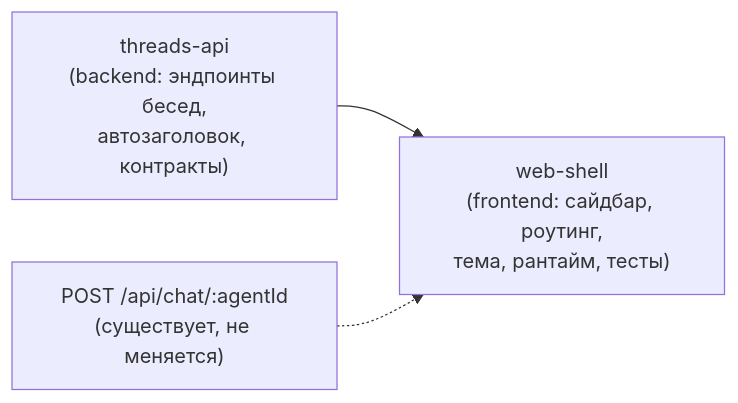
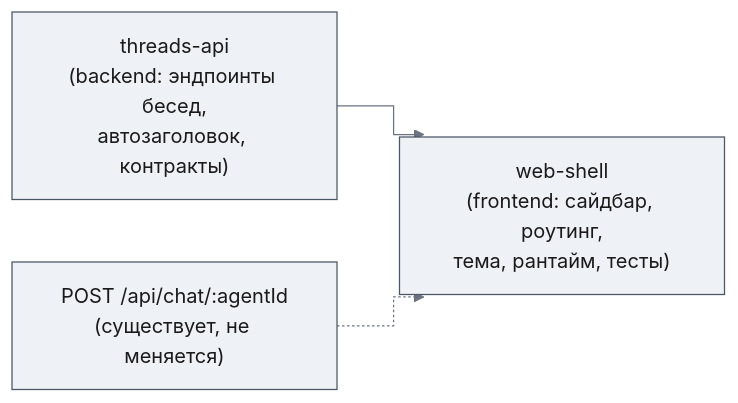
The third of 3 diagrams in docs/features/chat-shell/prd.md (tundraray/agent-os), drawn with Mermaid before and after one commit. The commit also changed other lines of this file and 10 other files, not shown here.

````diff
--- a/docs/features/chat-shell/prd.md
+++ b/docs/features/chat-shell/prd.md
@@ -480,5 +425,17 @@
 ```mermaid
+---
+config:
+  theme: base
+  look: classic
+  themeVariables:
+    primaryColor: "#eef1f5"
+    primaryBorderColor: "#4b5563"
+    primaryTextColor: "#1a1a1a"
+    lineColor: "#6b7280"
+  flowchart:
+    curve: step
+---
 graph LR
     api["threads-api<br/>(backend: эндпоинты бесед,<br/>автозаголовок, контракты)"] --> web["web-shell<br/>(frontend: сайдбар, роутинг,<br/>тема, рантайм, тесты)"]
     chat["POST /api/chat/:agentId<br/>(существует, не меняется)"] -.-> web
 ```
````
